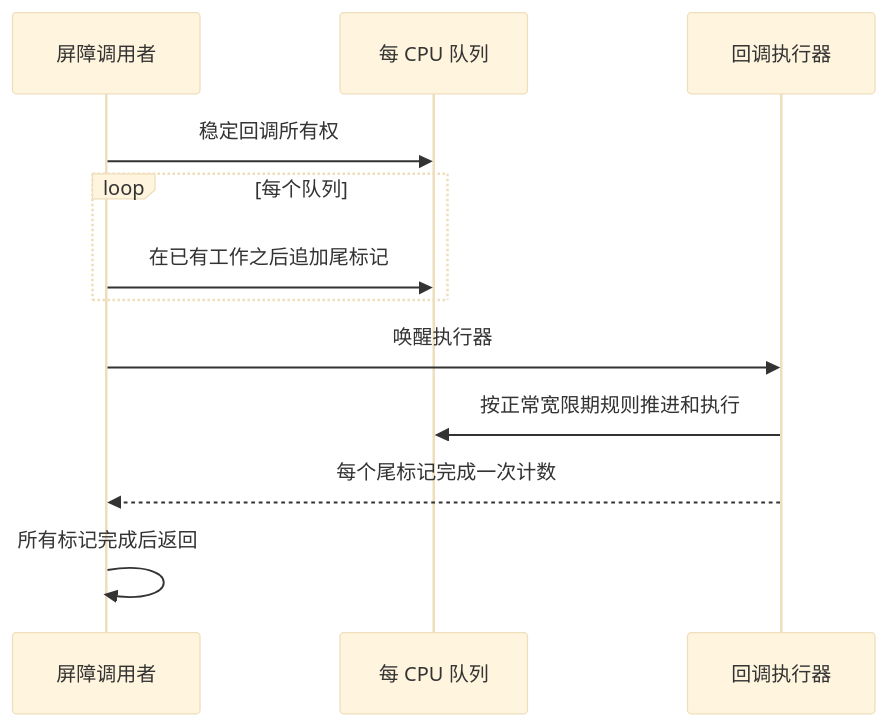
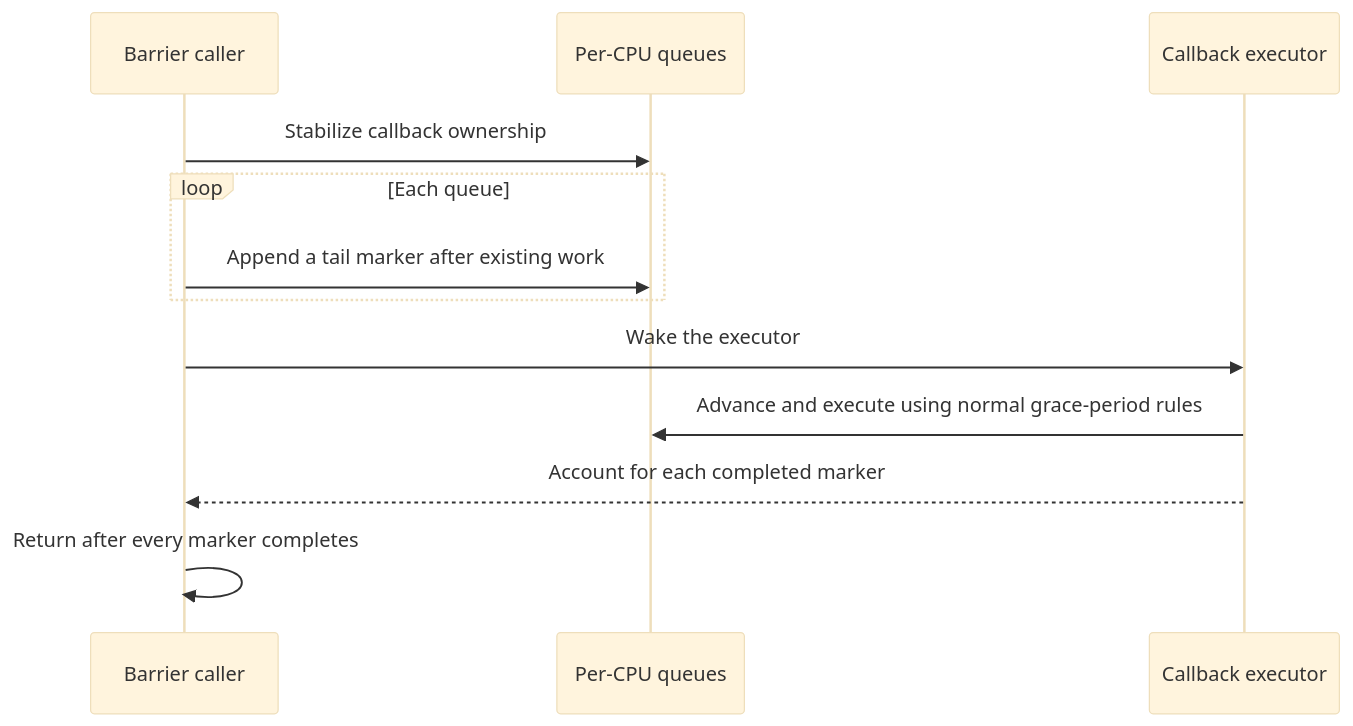
The sixth of 8 diagrams in docs/kernel/rcu/segmented-callback-queues.md (DragonOS-Community/DragonOS), drawn with Mermaid (base theme) before and after one commit. The commit also changed other lines of this file and 2058 other files, not shown here.

````diff
--- a/docs/kernel/rcu/segmented-callback-queues.md
+++ b/docs/kernel/rcu/segmented-callback-queues.md
@@ -187,15 +187,15 @@
 ```mermaid
 sequenceDiagram
-    participant Barrier as 屏障调用者
-    participant Queues as 每 CPU 队列
-    participant Worker as 回调执行器
+    participant Barrier as Barrier caller
+    participant Queues as Per-CPU queues
+    participant Worker as Callback executor
 
-    Barrier->>Queues: 稳定回调所有权
-    loop 每个队列
-        Barrier->>Queues: 在已有工作之后追加尾标记
+    Barrier->>Queues: Stabilize callback ownership
+    loop Each queue
+        Barrier->>Queues: Append a tail marker after existing work
     end
-    Barrier->>Worker: 唤醒执行器
-    Worker->>Queues: 按正常宽限期规则推进和执行
-    Worker-->>Barrier: 每个尾标记完成一次计数
-    Barrier->>Barrier: 所有标记完成后返回
+    Barrier->>Worker: Wake the executor
+    Worker->>Queues: Advance and execute using normal grace-period rules
+    Worker-->>Barrier: Account for each completed marker
+    Barrier->>Barrier: Return after every marker completes
 ```
````
